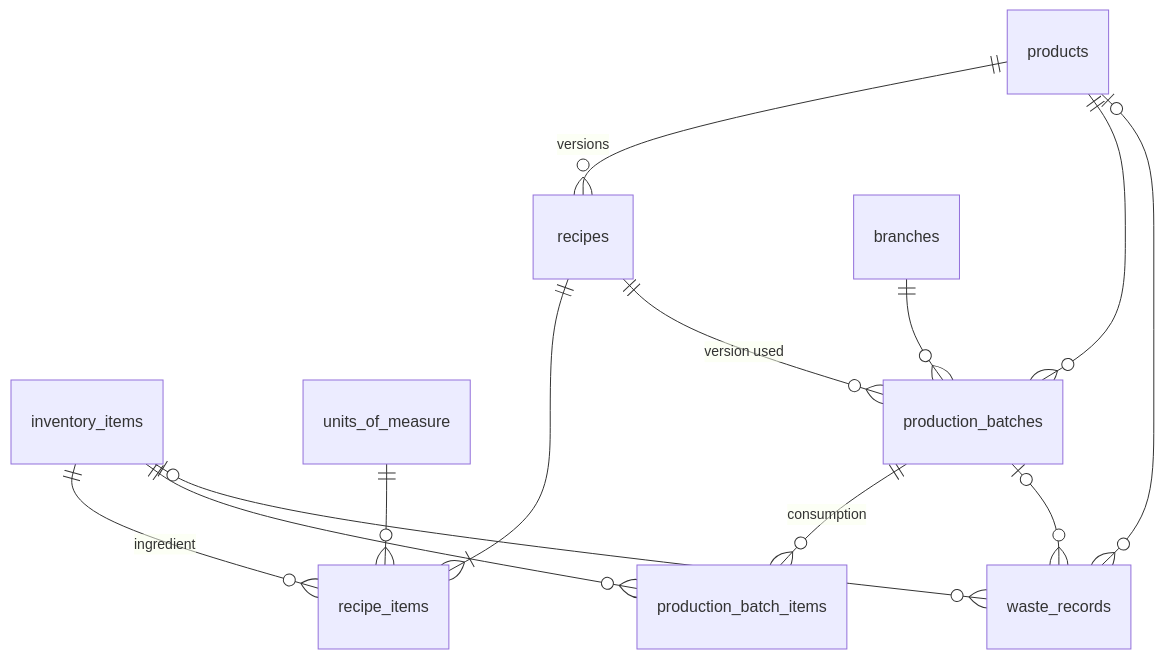
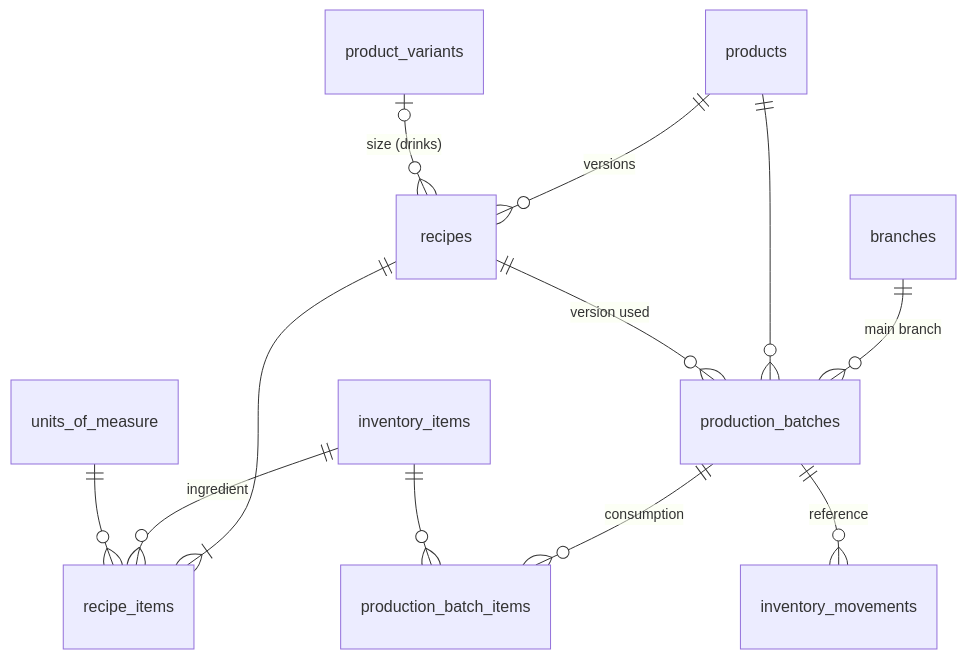
The sixth of 6 diagrams in docs/ERD.md (eichebiem/brevon-pos), drawn with Mermaid before and after one commit. The commit also changed other lines of this file and 27 other files, not shown here.

````diff
--- a/docs/ERD.md
+++ b/docs/ERD.md
@@ -306,15 +306,14 @@
 ```mermaid
 erDiagram
     products ||--o{ recipes : versions
+    product_variants |o--o{ recipes : "size (drinks)"
     recipes ||--|{ recipe_items : ""
     inventory_items ||--o{ recipe_items : ingredient
     units_of_measure ||--o{ recipe_items : ""
-    branches ||--o{ production_batches : ""
+    branches ||--o{ production_batches : "main branch"
     products ||--o{ production_batches : ""
     recipes ||--o{ production_batches : "version used"
     production_batches ||--o{ production_batch_items : consumption
     inventory_items ||--o{ production_batch_items : ""
-    production_batches |o--o{ waste_records : ""
-    inventory_items |o--o{ waste_records : ""
-    products |o--o{ waste_records : ""
+    production_batches ||--o{ inventory_movements : "reference"
 ```
````
